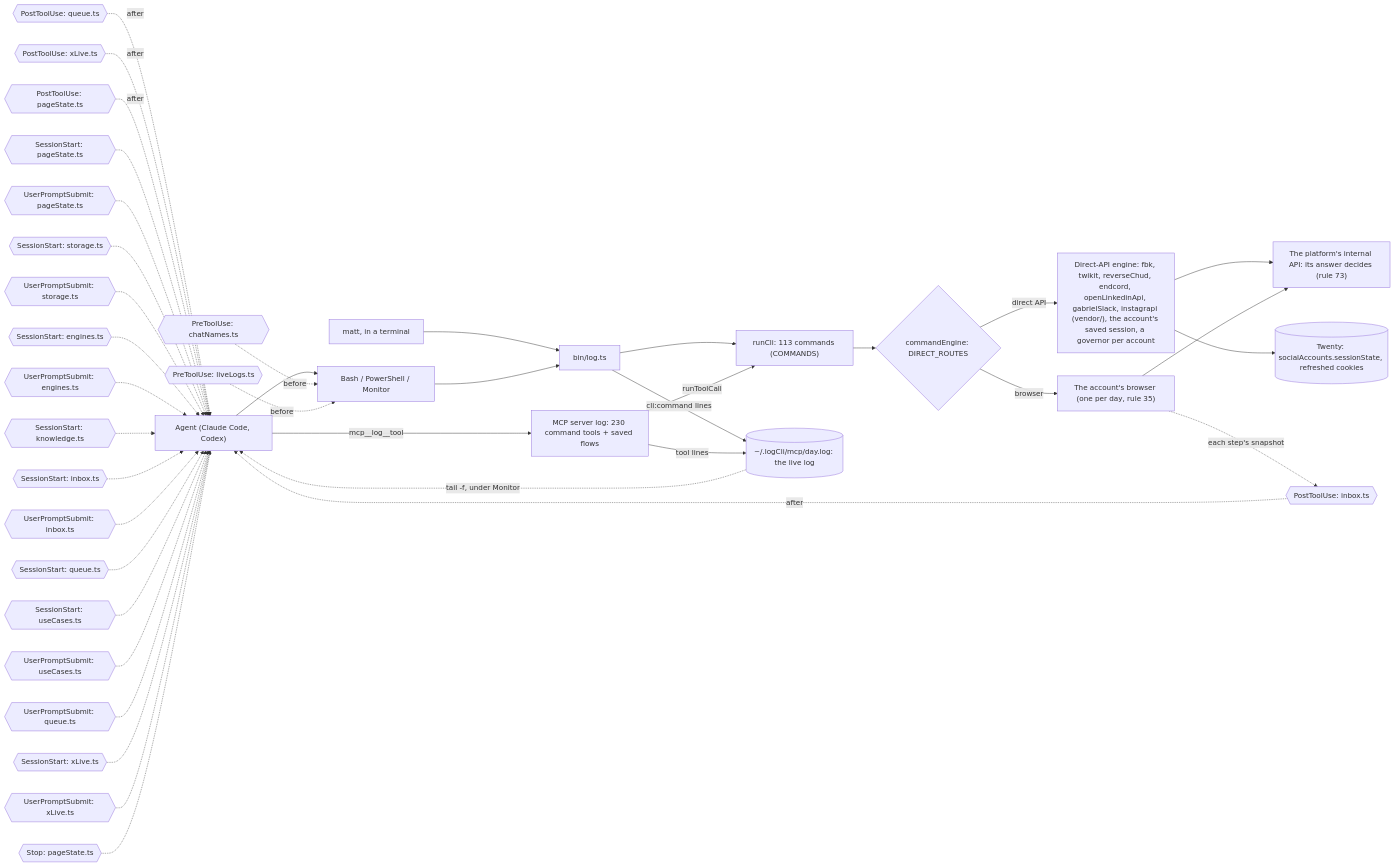
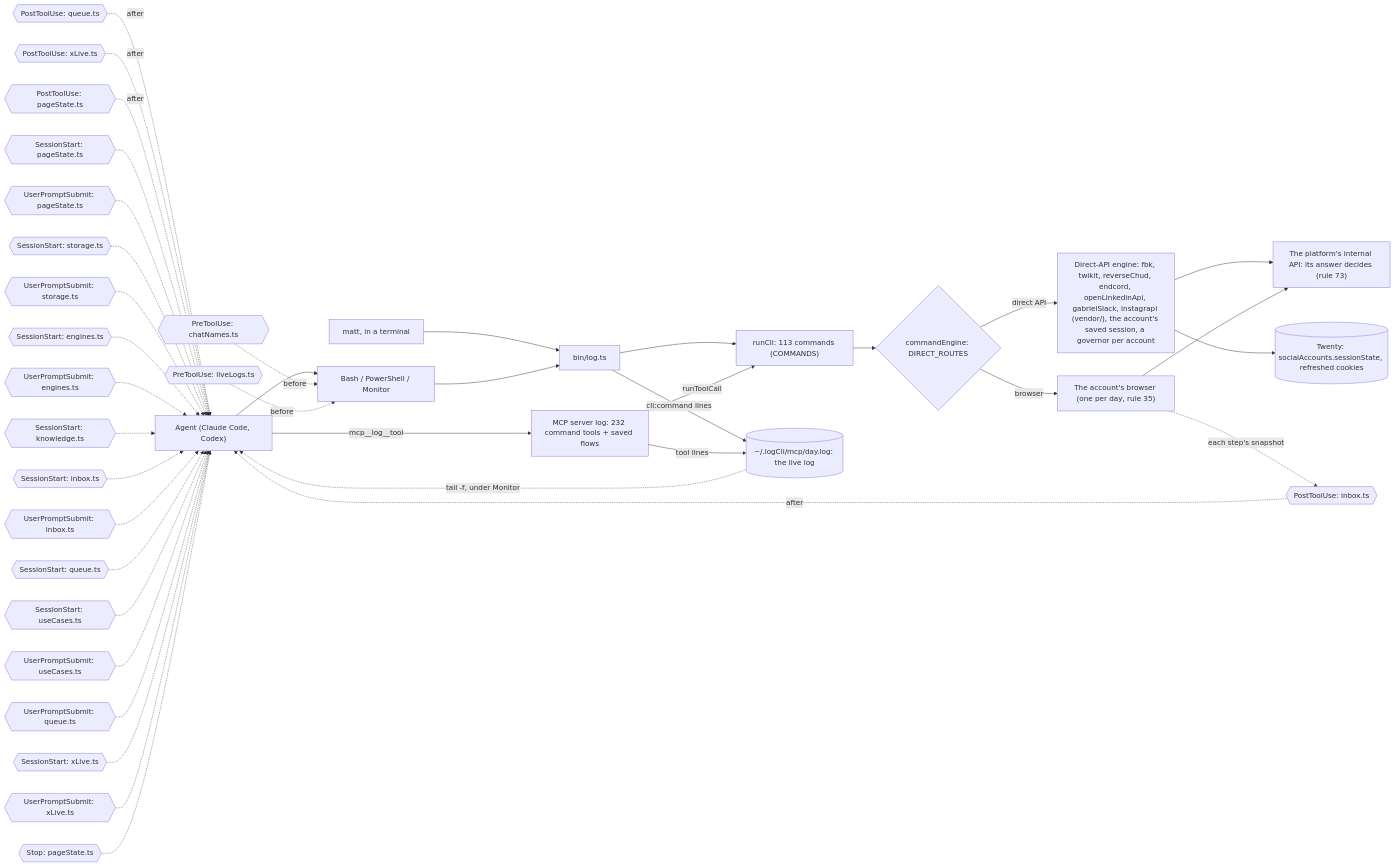
One commit to matthewdonsemail-lab/log changed the diagram in docs/diagrams/surface.mmd. Above: the diagram before and after it, drawn with Mermaid. The commit also changed 316 other files, not shown here.

```diff
--- a/docs/diagrams/surface.mmd
+++ b/docs/diagrams/surface.mmd
@@ -1,53 +1,53 @@
 %% How a call reaches log-cli. From a shell or over MCP, both run the same commands through `runCli`, write the same live log, and pass through the same hooks. `commandEngine` sends each command to the platform's direct API or to the account's browser.
 %% Written by `bun run docs:build` from the code (rule 56). Not edited by hand.
 flowchart LR
   agent["Agent (Claude Code, Codex)"]
   matt["matt, in a terminal"]
   shell["Bash / PowerShell / Monitor"]
-  mcp["MCP server log: 230 command tools + saved flows"]
+  mcp["MCP server log: 232 command tools + saved flows"]
   bin["bin/log.ts"]
   runCli["runCli: 113 commands (COMMANDS)"]
   live[("~/.logCli/mcp/day.log: the live log")]
   engine{"commandEngine: DIRECT_ROUTES"}
   direct["Direct-API engine: fbk, twikit, reverseChud, endcord, openLinkedinApi, gabrielSlack, instagrapi (vendor/), the account's saved session, a governor per account"]
   browser["The account's browser (one per day, rule 35)"]
   api["The platform's internal API: its answer decides (rule 73)"]
   twenty[("Twenty: socialAccounts.sessionState, refreshed cookies")]
   agent --> shell
   matt --> bin
   shell --> bin
   agent -->|mcp__log__tool| mcp
   bin --> runCli
   mcp -->|runToolCall| runCli
   runCli --> engine
   engine -->|direct API| direct
   engine -->|browser| browser
   direct --> api
   browser --> api
   direct --> twenty
   bin -->|cli:command lines| live
   mcp -->|tool lines| live
   live -.->|tail -f, under Monitor| agent
   pre0{{"PreToolUse: chatNames.ts"}} -.->|before| shell
   pre1{{"PreToolUse: liveLogs.ts"}} -.->|before| shell
   post0{{"PostToolUse: inbox.ts"}} -.->|after| agent
   post1{{"PostToolUse: queue.ts"}} -.->|after| agent
   post2{{"PostToolUse: xLive.ts"}} -.->|after| agent
   post3{{"PostToolUse: pageState.ts"}} -.->|after| agent
   turn0{{"SessionStart: pageState.ts"}} -.-> agent
   turn1{{"UserPromptSubmit: pageState.ts"}} -.-> agent
   turn2{{"SessionStart: storage.ts"}} -.-> agent
   turn3{{"UserPromptSubmit: storage.ts"}} -.-> agent
   turn4{{"SessionStart: engines.ts"}} -.-> agent
   turn5{{"UserPromptSubmit: engines.ts"}} -.-> agent
   turn6{{"SessionStart: knowledge.ts"}} -.-> agent
   turn7{{"SessionStart: inbox.ts"}} -.-> agent
   turn8{{"UserPromptSubmit: inbox.ts"}} -.-> agent
   turn9{{"SessionStart: queue.ts"}} -.-> agent
   turn10{{"SessionStart: useCases.ts"}} -.-> agent
   turn11{{"UserPromptSubmit: useCases.ts"}} -.-> agent
   turn12{{"UserPromptSubmit: queue.ts"}} -.-> agent
   turn13{{"SessionStart: xLive.ts"}} -.-> agent
   turn14{{"UserPromptSubmit: xLive.ts"}} -.-> agent
   turn15{{"Stop: pageState.ts"}} -.-> agent
   browser -.->|each step's snapshot| post0
```
